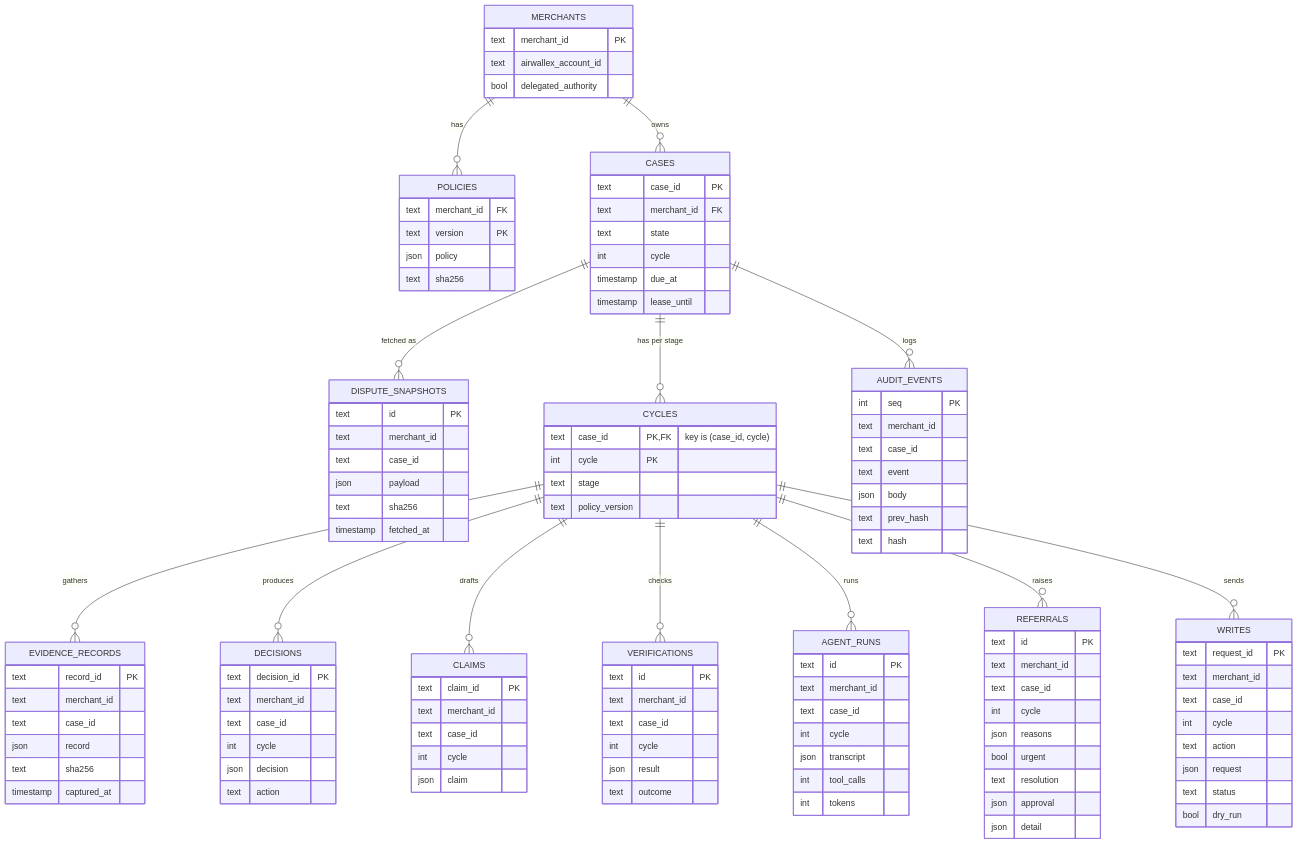
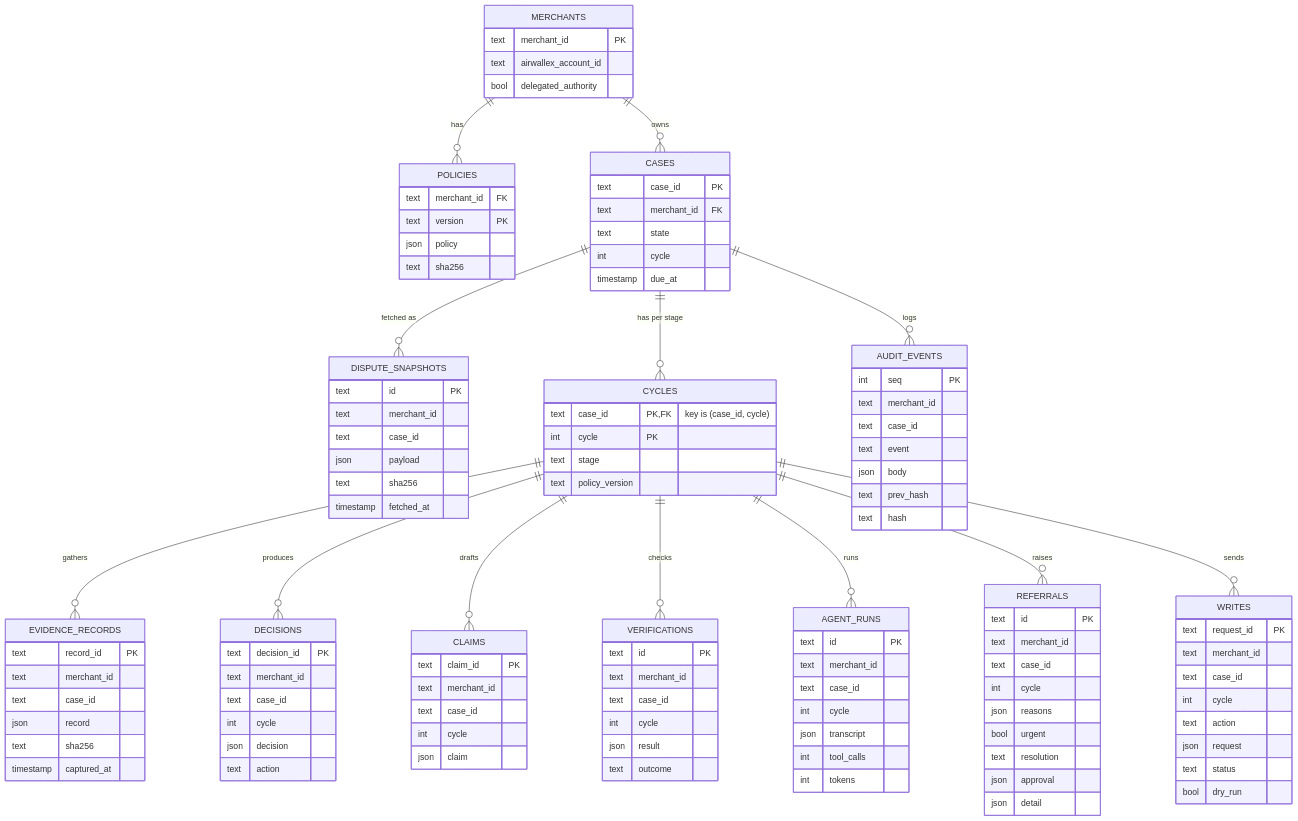
Before and after one commit to rachanna/nirnaya: the seventh of 8 diagrams in docs/architecture.md, drawn with Mermaid. The commit also changed other lines of this file and 13 other files, not shown here.

```diff
--- a/docs/architecture.md
+++ b/docs/architecture.md
@@ -760,7 +761,6 @@
         text state
         int cycle
         timestamp due_at
-        timestamp lease_until
     }
     DISPUTE_SNAPSHOTS {
         text id PK
```
